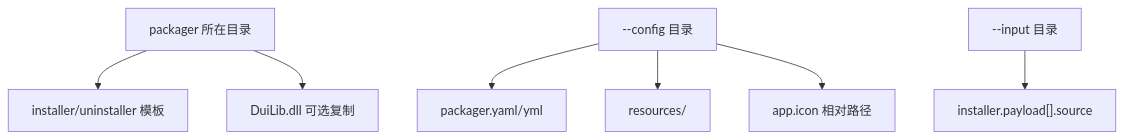
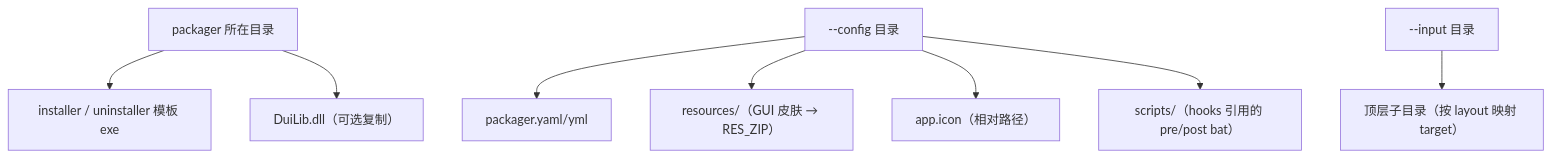
Before and after one commit to lu020218/Multi-Threaded_Installer: the sixth of 6 diagrams in docs/打包器流程图.md, drawn with Mermaid. The commit also changed other lines of this file and 78 other files, not shown here.

````diff
--- a/docs/打包器流程图.md
+++ b/docs/打包器流程图.md
@@ -114,9 +111,10 @@
 ```mermaid
 flowchart TD
-    A["packager 所在目录"] --> B["installer/uninstaller 模板"]
-    A --> C["DuiLib.dll 可选复制"]
+    A["packager 所在目录"] --> B["installer / uninstaller 模板 exe"]
+    A --> C["DuiLib.dll（可选复制）"]
     D["--config 目录"] --> E["packager.yaml/yml"]
-    D --> F["resources/"]
-    D --> G["app.icon 相对路径"]
-    H["--input 目录"] --> I["installer.payload[].source"]
+    D --> F["resources/（GUI 皮肤 → RES_ZIP）"]
+    D --> G["app.icon（相对路径）"]
+    D --> H["scripts/（hooks 引用的 pre/post bat）"]
+    I["--input 目录"] --> J["顶层子目录（按 layout 映射 target）"]
 ```
````
